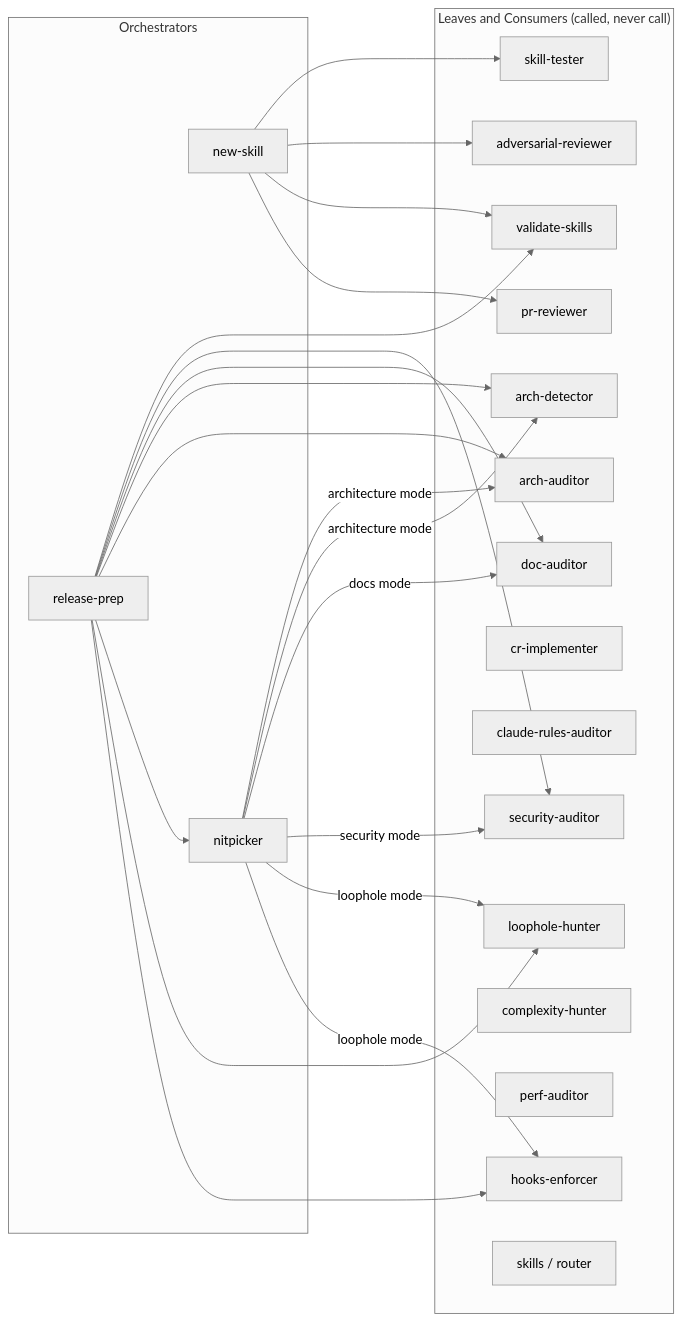
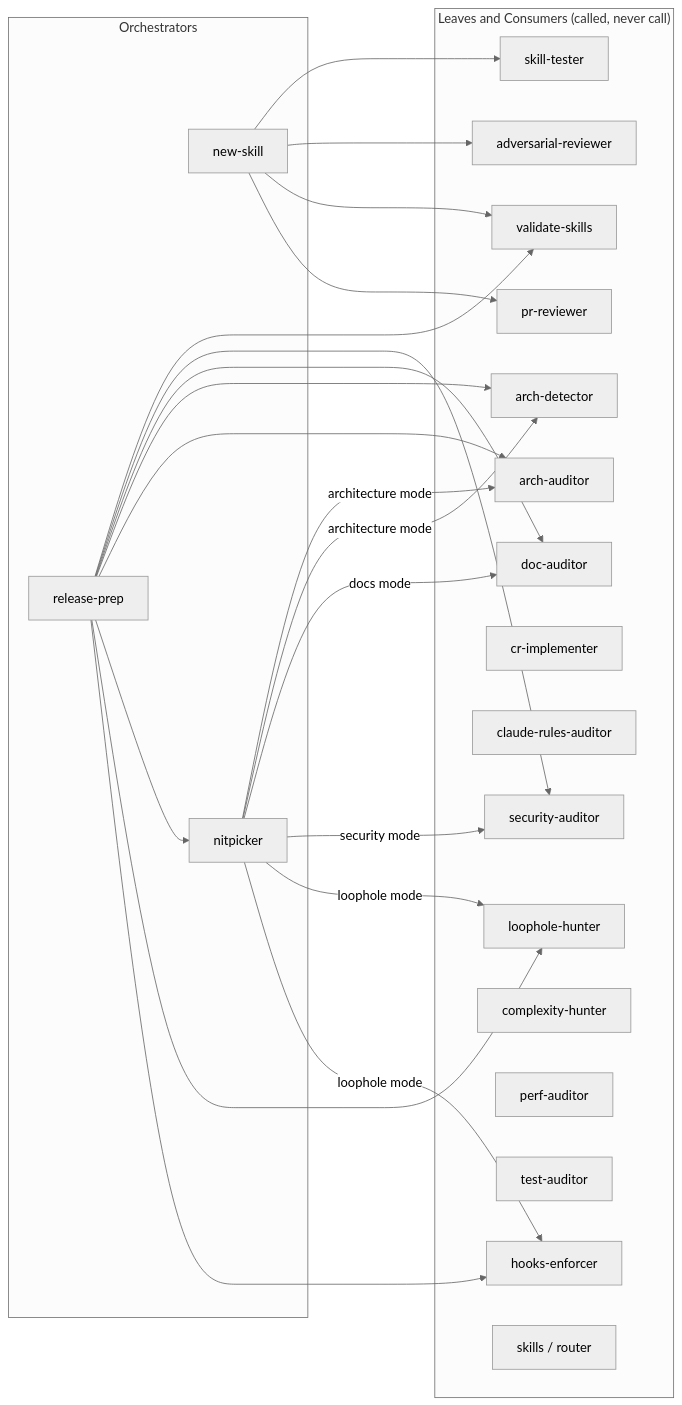
Before and after one commit to ivuorinen/skills: the sixth of 6 diagrams in .claude/skills/README.md, drawn with Mermaid (neutral theme). The commit also changed other lines of this file and 6 other files, not shown here.

First line of the commit message:
feat: add test-auditor skill (#33)

````diff
--- a/.claude/skills/README.md
+++ b/.claude/skills/README.md
@@ -293,47 +300,48 @@
 ```mermaid
 graph LR
     subgraph orchestrators["Orchestrators"]
         NS[new-skill]
         RP[release-prep]
         NP[nitpicker]
     end
 
     subgraph leaves["Leaves and Consumers (called, never call)"]
         AR[adversarial-reviewer]
         VS[validate-skills]
         AD[arch-detector]
         AA[arch-auditor]
         DA[doc-auditor]
         PR[pr-reviewer]
         SA[security-auditor]
         CRI[cr-implementer]
         CRA[claude-rules-auditor]
         LH[loophole-hunter]
         HE[hooks-enforcer]
         CH[complexity-hunter]
         PA[perf-auditor]
+        TA[test-auditor]
         ST[skill-tester]
         SK[skills / router]
     end
 
     NS --> ST
     NS --> AR
     NS --> VS
     NS --> PR
 
     RP --> VS
     RP --> SA
     RP --> DA
     RP --> AD
     RP --> AA
     RP --> NP
     RP --> LH
     RP --> HE
 
     NP -->|architecture mode| AA
     NP -->|architecture mode| AD
     NP -->|docs mode| DA
     NP -->|security mode| SA
     NP -->|loophole mode| LH
     NP -->|loophole mode| HE
 ```
````
